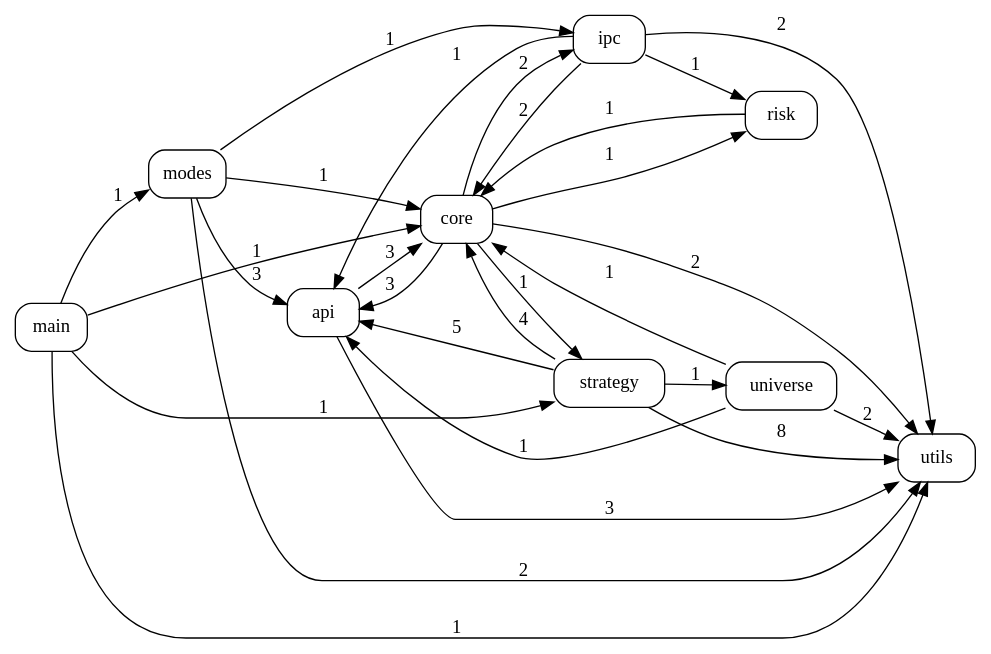
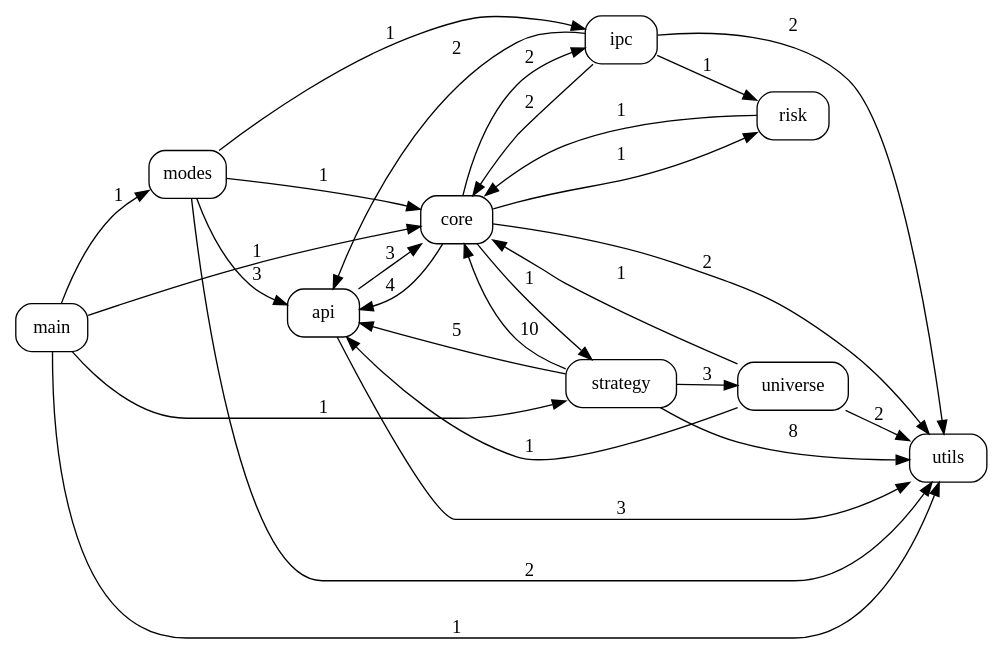
One commit to pypy8171/Quant changed the diagram in docs/code_graph.dot. Above: the diagram before and after it, drawn with Graphviz. The commit also changed 10 other files, not shown here.

```diff
--- a/docs/code_graph.dot
+++ b/docs/code_graph.dot
@@ -1,40 +1,40 @@
 digraph code_graph {
   rankdir=LR;
   node [shape=box, style=rounded, fontname="Consolas"];
   "api";
   "core";
   "ipc";
   "main";
   "modes";
   "risk";
   "strategy";
   "universe";
   "utils";
   "api" -> "core" [label="3"];
   "api" -> "utils" [label="3"];
-  "core" -> "api" [label="3"];
+  "core" -> "api" [label="4"];
   "core" -> "ipc" [label="2"];
   "core" -> "risk" [label="1"];
   "core" -> "strategy" [label="1"];
   "core" -> "utils" [label="2"];
-  "ipc" -> "api" [label="1"];
+  "ipc" -> "api" [label="2"];
   "ipc" -> "core" [label="2"];
   "ipc" -> "risk" [label="1"];
   "ipc" -> "utils" [label="2"];
   "main" -> "core" [label="1"];
   "main" -> "modes" [label="1"];
   "main" -> "strategy" [label="1"];
   "main" -> "utils" [label="1"];
   "modes" -> "api" [label="3"];
   "modes" -> "core" [label="1"];
   "modes" -> "ipc" [label="1"];
   "modes" -> "utils" [label="2"];
   "risk" -> "core" [label="1"];
   "strategy" -> "api" [label="5"];
-  "strategy" -> "core" [label="4"];
-  "strategy" -> "universe" [label="1"];
+  "strategy" -> "core" [label="10"];
+  "strategy" -> "universe" [label="3"];
   "strategy" -> "utils" [label="8"];
   "universe" -> "api" [label="1"];
   "universe" -> "core" [label="1"];
   "universe" -> "utils" [label="2"];
 }
```
